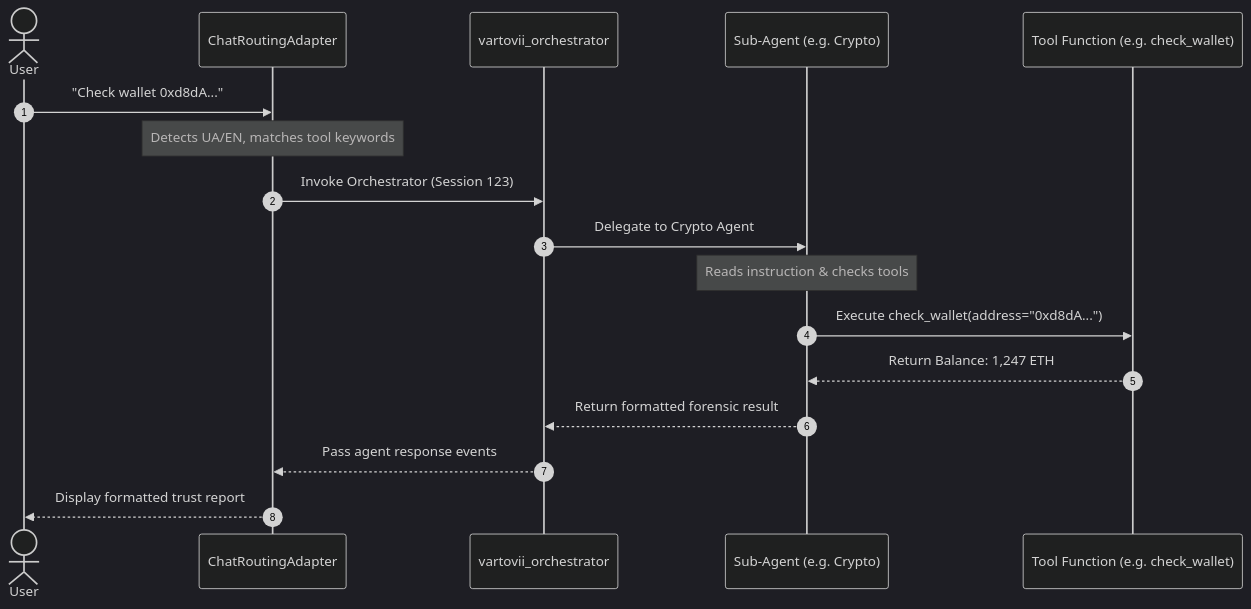
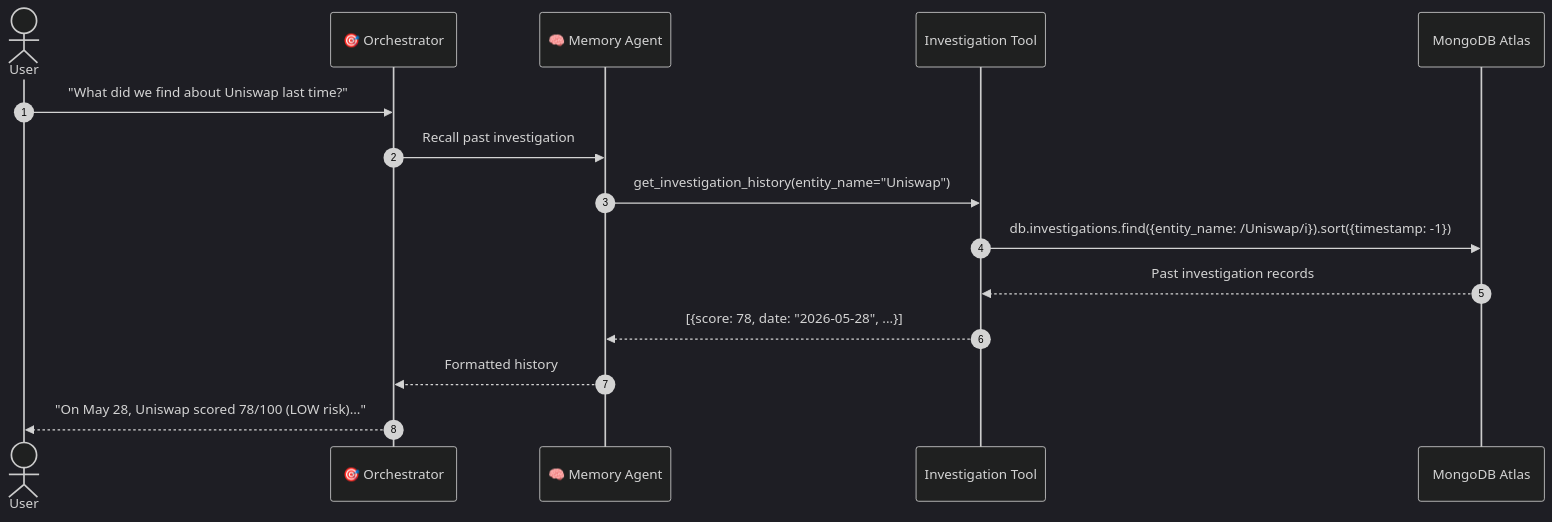
Before and after one commit to Vetassikc/vartovii-trust-agent: the fourth of 10 diagrams in ARCHITECTURE.md, drawn with Mermaid (dark theme). The commit also changed other lines of this file and 6 other files, not shown here.

````diff
--- a/ARCHITECTURE.md
+++ b/ARCHITECTURE.md
@@ -94,20 +224,18 @@
 ```mermaid
 sequenceDiagram
     autonumber
     actor User
-    participant Router as ChatRoutingAdapter
-    participant Orch as vartovii_orchestrator
-    participant Specialist as Sub-Agent (e.g. Crypto)
-    participant Tool as Tool Function (e.g. check_wallet)
-    
-    User->>Router: "Check wallet 0xd8dA..."
-    Note over Router: Detects UA/EN, matches tool keywords
-    Router->>Orch: Invoke Orchestrator (Session 123)
-    Orch->>Specialist: Delegate to Crypto Agent
-    Note over Specialist: Reads instruction & checks tools
-    Specialist->>Tool: Execute check_wallet(address="0xd8dA...")
-    Tool-->>Specialist: Return Balance: 1,247 ETH
-    Specialist-->>Orch: Return formatted forensic result
-    Orch-->>Router: Pass agent response events
-    Router-->>User: Display formatted trust report
+    participant Orch as 🎯 Orchestrator
+    participant Mem as 🧠 Memory Agent
+    participant Tool as Investigation Tool
+    participant DB as MongoDB Atlas
+
+    User->>Orch: "What did we find about Uniswap last time?"
+    Orch->>Mem: Recall past investigation
+    Mem->>Tool: get_investigation_history(entity_name="Uniswap")
+    Tool->>DB: db.investigations.find({entity_name: /Uniswap/i}).sort({timestamp: -1})
+    DB-->>Tool: Past investigation records
+    Tool-->>Mem: [{score: 78, date: "2026-05-28", ...}]
+    Mem-->>Orch: Formatted history
+    Orch-->>User: "On May 28, Uniswap scored 78/100 (LOW risk)..."
 ```
````
